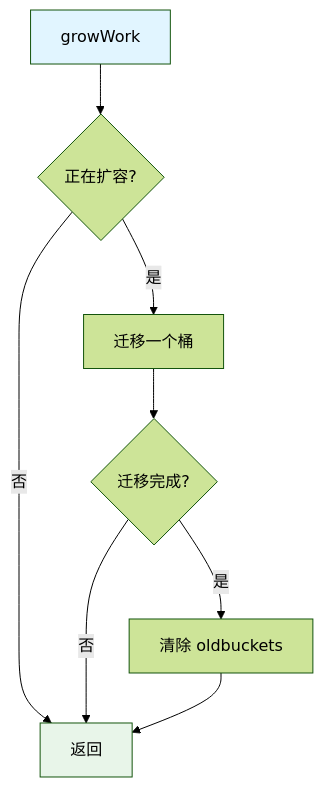
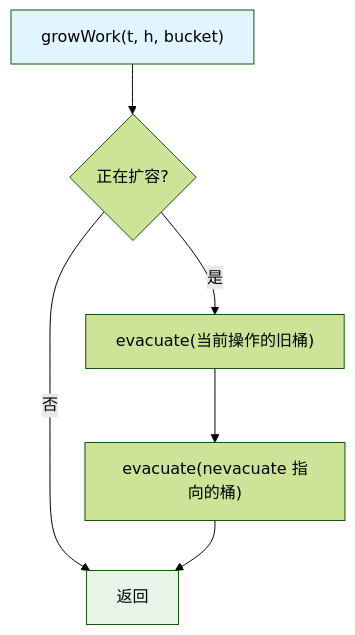
One commit to djaigoo/blog changed diagram 21 of 23 in _posts/golang/golang-map.md. Above: the diagram before and after it, drawn with Mermaid (forest theme). The commit also changed other lines of this file and 6 other files, not shown here.

````diff
--- a/_posts/golang/golang-map.md
+++ b/_posts/golang/golang-map.md
@@ -980,13 +1249,11 @@
 ```mermaid
 flowchart TD
-    Start["growWork"] --> Check{正在扩容?}
-    Check -->|否| Return
-    Check -->|是| Evacuate["迁移一个桶"]
-    Evacuate --> Check2{迁移完成?}
-    Check2 -->|否| Return
-    Check2 -->|是| Clear["清除 oldbuckets"]
-    Clear --> Return["返回"]
+    Start["growWork(t, h, bucket)"] --> Check{正在扩容?}
+    Check -->|否| Return["返回"]
+    Check -->|是| E1["evacuate(当前操作的旧桶)"]
+    E1 --> E2["evacuate(nevacuate 指向的桶)"]
+    E2 --> Return
     
     style Start fill:#e1f5ff
     style Return fill:#e8f5e9
 ```
````
